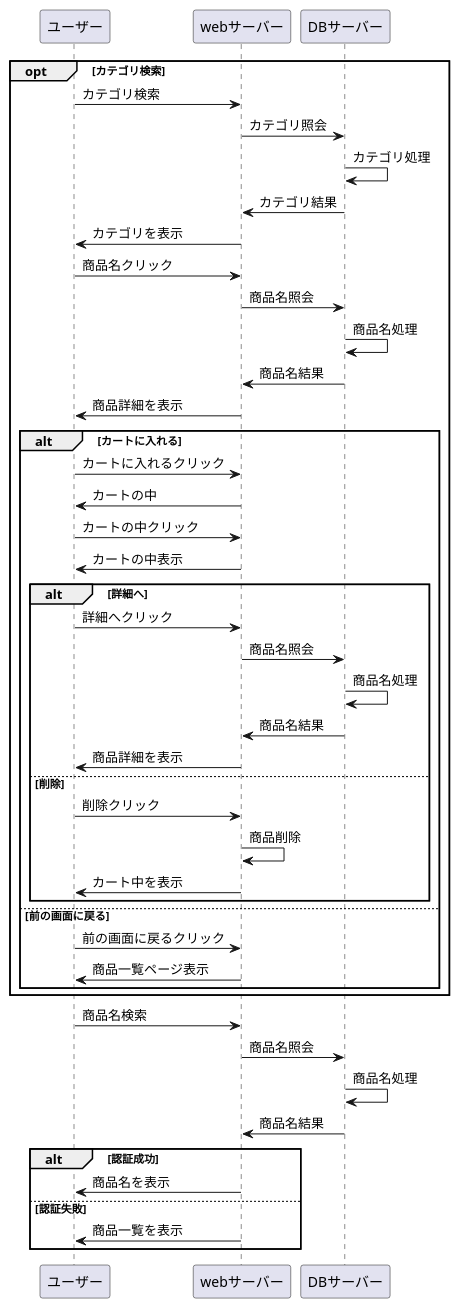
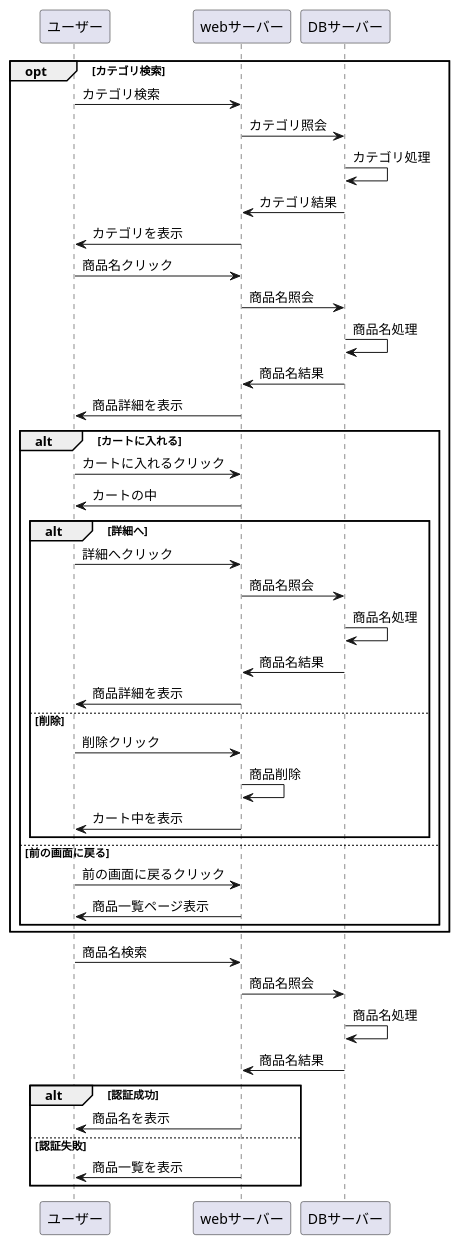
One commit to Aso2001403/2021sys-design changed the diagram in myHP/gh-kounyuu-.md. Above: the diagram before and after it, drawn with PlantUML.

````diff
--- a/myHP/gh-kounyuu-.md
+++ b/myHP/gh-kounyuu-.md
@@ -1,50 +1,47 @@
 ```uml
 @startuml
 opt カテゴリ検索
 ユーザー -> webサーバー :カテゴリ検索
 webサーバー -> DBサーバー : カテゴリ照会
 DBサーバー -> DBサーバー : カテゴリ処理
 DBサーバー -> webサーバー : カテゴリ結果
 webサーバー -> ユーザー : カテゴリを表示
 ユーザー -> webサーバー : 商品名クリック
 webサーバー -> DBサーバー : 商品名照会
 DBサーバー -> DBサーバー : 商品名処理
 DBサーバー -> webサーバー : 商品名結果
 webサーバー -> ユーザー : 商品詳細を表示
 
 alt カートに入れる
  ユーザー -> webサーバー :カートに入れるクリック
  webサーバー -> ユーザー:カートの中
- ユーザー -> webサーバー : カートの中クリック
- webサーバー -> ユーザー : カートの中表示
-
  alt 詳細へ
 ユーザー -> webサーバー : 詳細へクリック
 webサーバー -> DBサーバー : 商品名照会
 DBサーバー -> DBサーバー : 商品名処理
 DBサーバー -> webサーバー : 商品名結果
 webサーバー -> ユーザー : 商品詳細を表示
  else 削除
 ユーザー -> webサーバー : 削除クリック
 webサーバー -> webサーバー : 商品削除
 webサーバー -> ユーザー : カート中を表示
  end
  else 前の画面に戻る
  ユーザー -> webサーバー :前の画面に戻るクリック
  webサーバー -> ユーザー:商品一覧ページ表示
  end
 end
 
 ユーザー -> webサーバー : 商品名検索
 webサーバー -> DBサーバー : 商品名照会
 DBサーバー -> DBサーバー : 商品名処理
 DBサーバー -> webサーバー : 商品名結果
 
 alt 認証成功
 webサーバー -> ユーザー : 商品名を表示
 else 認証失敗
 webサーバー -> ユーザー : 商品一覧を表示
 end
 
 @enduml
 ```
````
